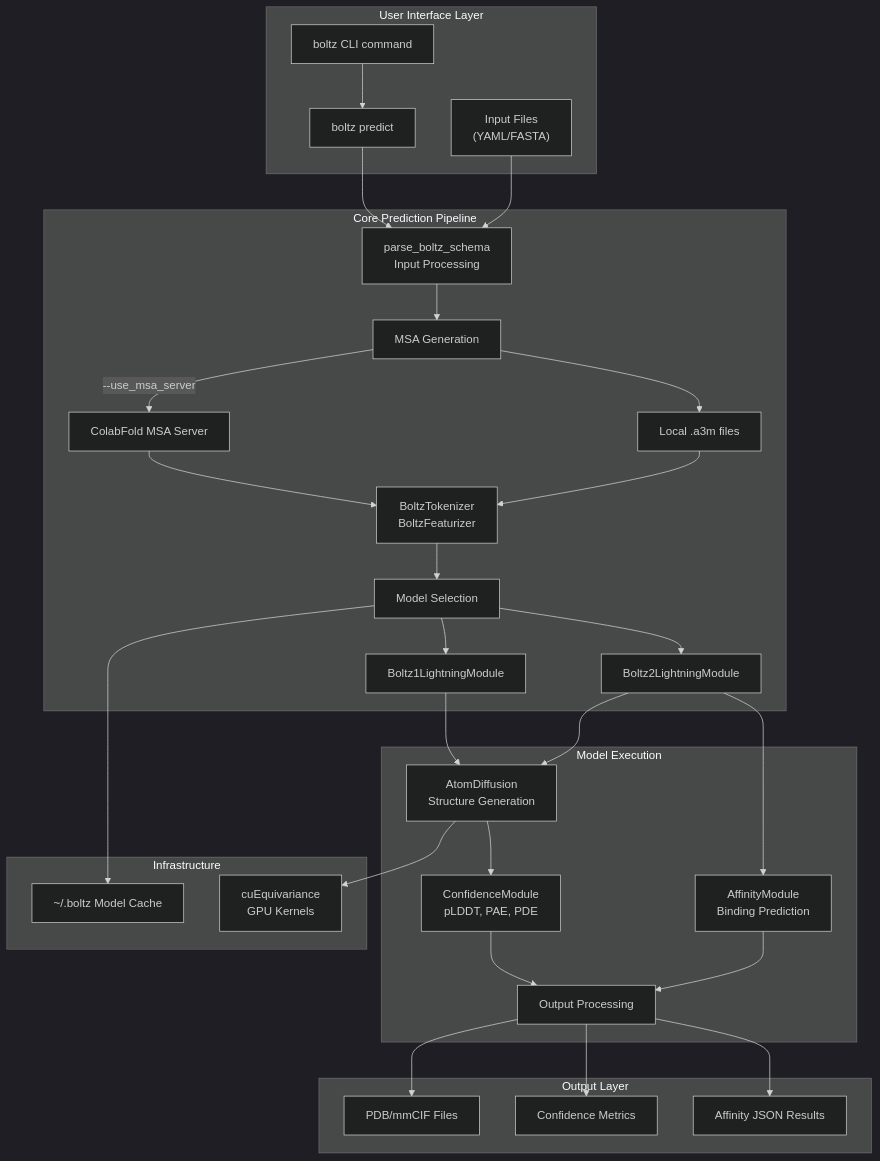
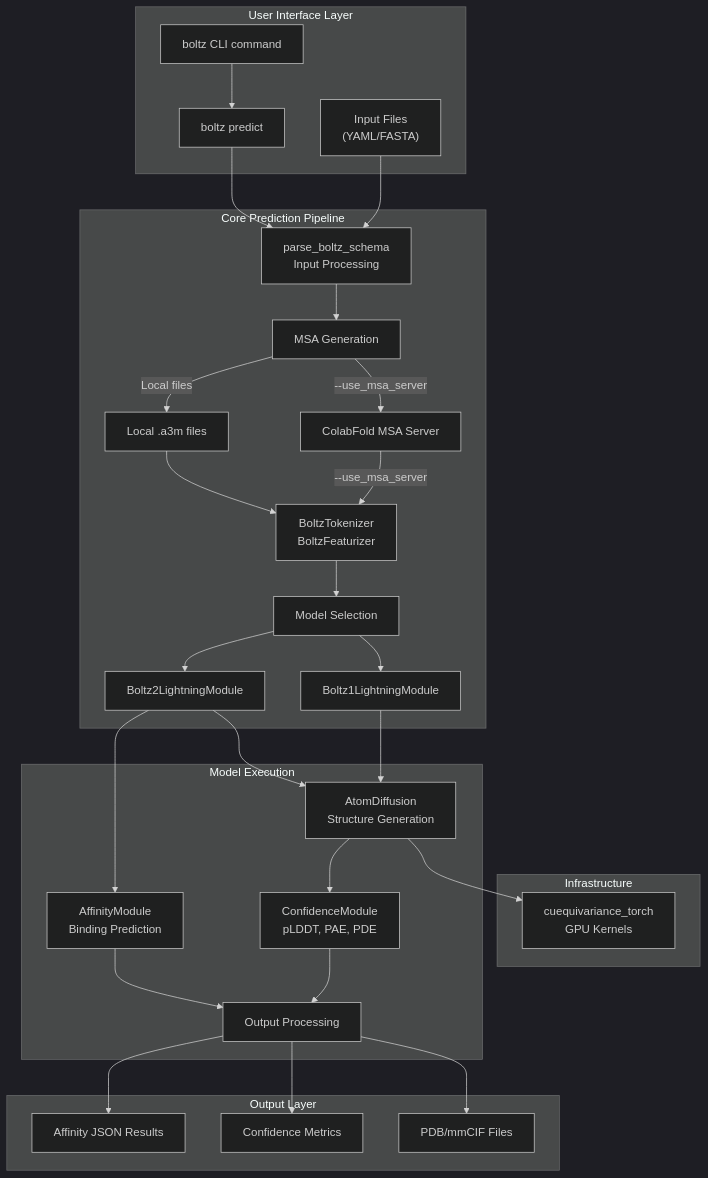
Before and after one commit to MaybeBio/Awesome-Protein-ContactMap-Prediction: the first of 2 diagrams in docs/Boltz/deepwiki/boltz-Boltz-Overview.md, drawn with Mermaid (dark theme). The commit also changed other lines of this file and 27 other files, not shown here.

````diff
--- a/docs/Boltz/deepwiki/boltz-Boltz-Overview.md
+++ b/docs/Boltz/deepwiki/boltz-Boltz-Overview.md
@@ -57,82 +58,79 @@
 ```mermaid
 flowchart TD
 
 CLI["boltz CLI command"]
 PredictCmd["boltz predict"]
 ConfigFiles["Input Files<br>(YAML/FASTA)"]
 InputProcessor["parse_boltz_schema<br>Input Processing"]
 MSAGeneration["MSA Generation"]
 ColabFoldAPI["ColabFold MSA Server"]
 LocalMSA["Local .a3m files"]
 DataPreprocessing["BoltzTokenizer<br>BoltzFeaturizer"]
 ModelSelection["Model Selection"]
 Boltz1Model["Boltz1LightningModule"]
 Boltz2Model["Boltz2LightningModule"]
 StructurePrediction["AtomDiffusion<br>Structure Generation"]
 AffinityPrediction["AffinityModule<br>Binding Prediction"]
 ConfidenceEstimation["ConfidenceModule<br>pLDDT, PAE, PDE"]
 OutputGeneration["Output Processing"]
 PDBOutput["PDB/mmCIF Files"]
 ConfidenceOutput["Confidence Metrics"]
 AffinityOutput["Affinity JSON Results"]
-ModelCache["~/.boltz Model Cache"]
-GPUAcceleration["cuEquivariance<br>GPU Kernels"]
+GPUAcceleration["cuequivariance_torch<br>GPU Kernels"]
 
 PredictCmd --> InputProcessor
 ConfigFiles --> InputProcessor
 Boltz1Model --> StructurePrediction
 Boltz2Model --> StructurePrediction
 Boltz2Model --> AffinityPrediction
 OutputGeneration --> PDBOutput
 OutputGeneration --> ConfidenceOutput
 OutputGeneration --> AffinityOutput
-ModelSelection --> ModelCache
 StructurePrediction --> GPUAcceleration
 
 subgraph Infrastructure ["Infrastructure"]
-    ModelCache
     GPUAcceleration
 end
 
 subgraph subGraph3 ["Output Layer"]
     PDBOutput
     ConfidenceOutput
     AffinityOutput
 end
 
 subgraph subGraph2 ["Model Execution"]
     StructurePrediction
     AffinityPrediction
     ConfidenceEstimation
     OutputGeneration
     StructurePrediction --> ConfidenceEstimation
     AffinityPrediction --> OutputGeneration
     ConfidenceEstimation --> OutputGeneration
 end
 
 subgraph subGraph1 ["Core Prediction Pipeline"]
     InputProcessor
     MSAGeneration
     ColabFoldAPI
     LocalMSA
     DataPreprocessing
     ModelSelection
     Boltz1Model
     Boltz2Model
     InputProcessor --> MSAGeneration
     MSAGeneration -->|"--use_msa_server"| ColabFoldAPI
-    MSAGeneration --> LocalMSA
-    ColabFoldAPI --> DataPreprocessing
+    MSAGeneration -->|"Local files"| LocalMSA
+    ColabFoldAPI -->|"--use_msa_server"| DataPreprocessing
     LocalMSA --> DataPreprocessing
     DataPreprocessing --> ModelSelection
     ModelSelection --> Boltz1Model
     ModelSelection --> Boltz2Model
 end
 
 subgraph subGraph0 ["User Interface Layer"]
     CLI
     PredictCmd
     ConfigFiles
     CLI --> PredictCmd
 end
 ```
````
